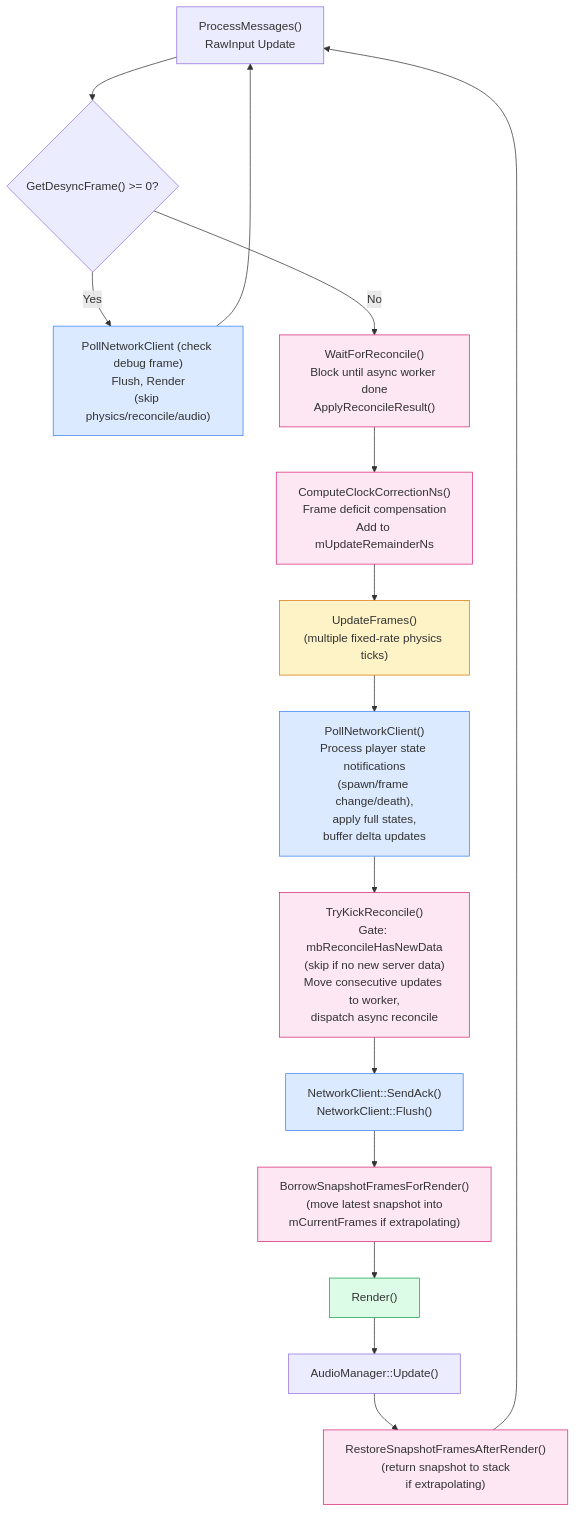
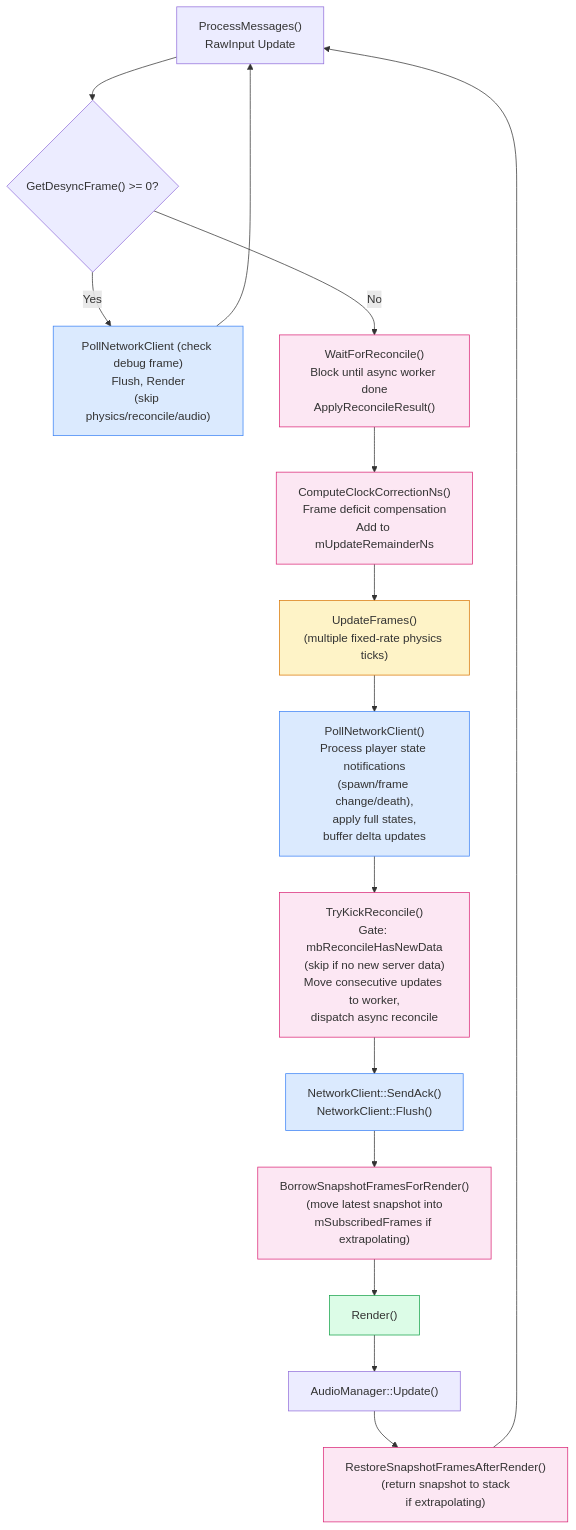
One commit to DougTanner/BrokenEnginePublic changed the third of 4 diagrams in Documents/Architecture/GameReconciliation.md. Above: the diagram before and after it, drawn with Mermaid. The commit also changed other lines of this file and 24 other files, not shown here.

````diff
--- a/Documents/Architecture/GameReconciliation.md
+++ b/Documents/Architecture/GameReconciliation.md
@@ -73,36 +73,36 @@
 ```mermaid
 %%{init: {'theme': 'default'}}%%
 flowchart TD
     classDef network fill:#dbeafe,stroke:#3b82f6
     classDef physics fill:#fef3c7,stroke:#d97706
     classDef render fill:#dcfce7,stroke:#16a34a
     classDef reconcile fill:#fce7f3,stroke:#db2777
 
     MSG["ProcessMessages()<br/>RawInput Update"] --> DESYNC_CHECK
 
     DESYNC_CHECK{"GetDesyncFrame() >= 0?"}
     DESYNC_CHECK -->|"Yes"| DEBUG_PATH["PollNetworkClient (check debug frame)<br/>Flush, Render<br/>(skip physics/reconcile/audio)"]:::network
     DEBUG_PATH --> MSG
 
     DESYNC_CHECK -->|"No"| WAIT["WaitForReconcile()<br/>Block until async worker done<br/>ApplyReconcileResult()"]:::reconcile
 
     WAIT --> CLOCK["ComputeClockCorrectionNs()<br/>Frame deficit compensation<br/>Add to mUpdateRemainderNs"]:::reconcile
 
     CLOCK --> PHYSICS["UpdateFrames()<br/>(multiple fixed-rate physics ticks)"]:::physics
 
     PHYSICS --> POLL["PollNetworkClient()<br/>Process player state notifications<br/>(spawn/frame change/death),<br/>apply full states,<br/>buffer delta updates"]:::network
 
     POLL --> KICK["TryKickReconcile()<br/>Gate: mbReconcileHasNewData<br/>(skip if no new server data)<br/>Move consecutive updates to worker,<br/>dispatch async reconcile"]:::reconcile
 
     KICK --> SEND["NetworkClient::SendAck()<br/>NetworkClient::Flush()"]:::network
 
-    SEND --> BORROW["BorrowSnapshotFramesForRender()<br/>(move latest snapshot into<br/>mCurrentFrames if extrapolating)"]:::reconcile
+    SEND --> BORROW["BorrowSnapshotFramesForRender()<br/>(move latest snapshot into<br/>mSubscribedFrames if extrapolating)"]:::reconcile
 
     BORROW --> RENDER["Render()"]:::render
 
     RENDER --> AUDIO["AudioManager::Update()"]
 
     AUDIO --> RESTORE["RestoreSnapshotFramesAfterRender()<br/>(return snapshot to stack<br/>if extrapolating)"]:::reconcile
 
     RESTORE --> MSG
 ```
````
